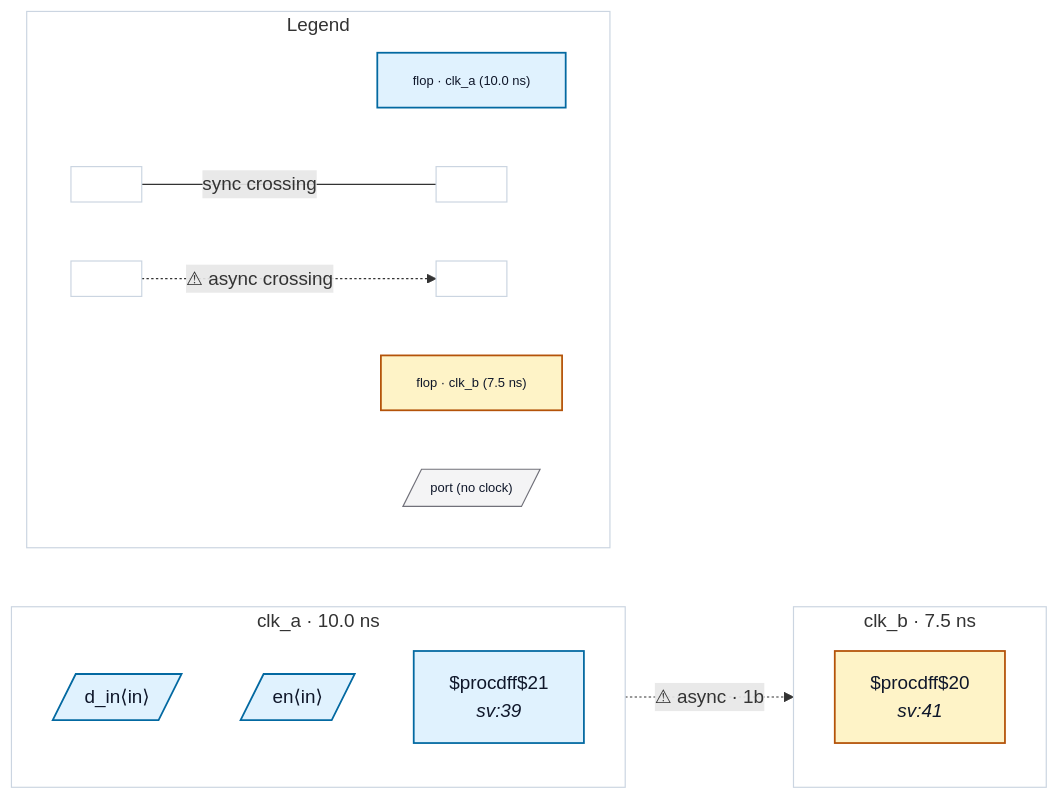
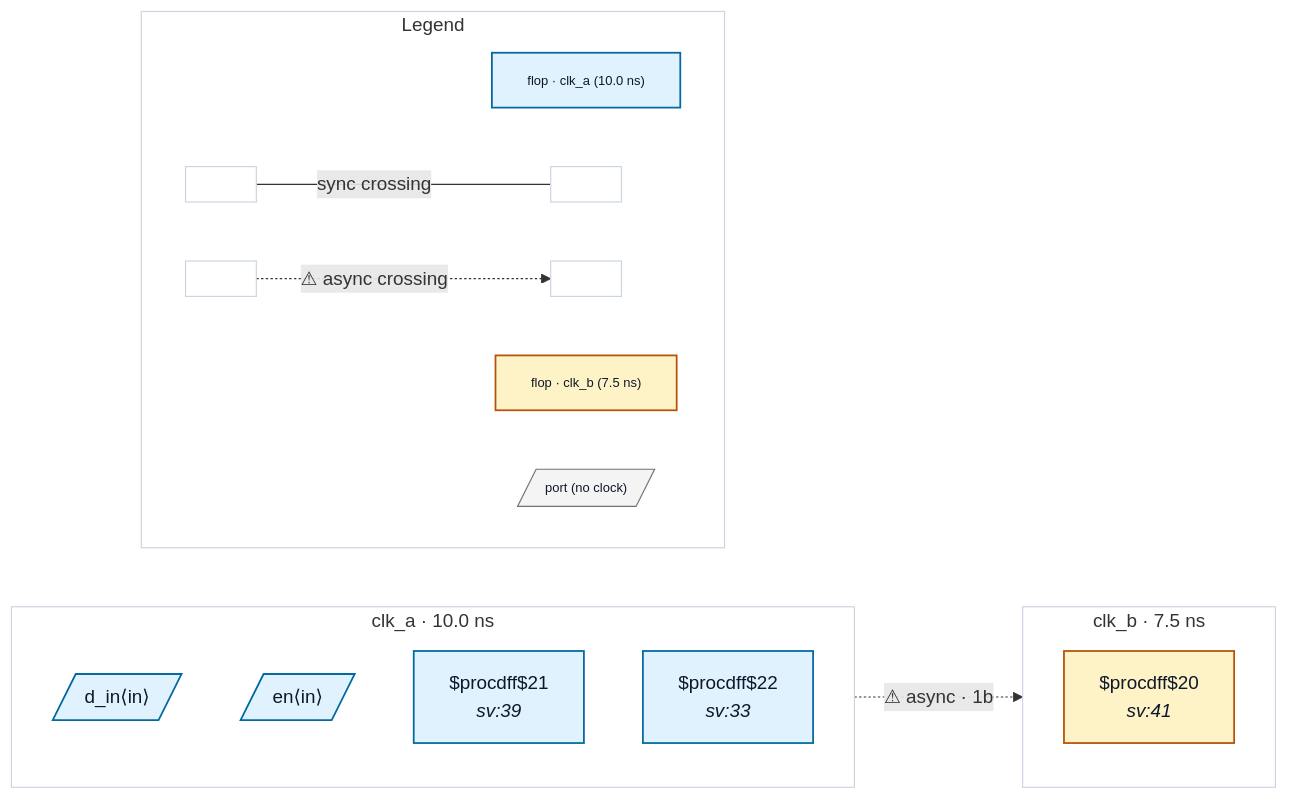
One commit to rtl-buddy/rtl-buddy-cdc changed the diagram in tests/fixtures/bad_unresolved_clock_latch/README.md. Above: the diagram before and after it, drawn with Mermaid. The commit also changed other lines of this file and 10 other files, not shown here.

````diff
--- a/tests/fixtures/bad_unresolved_clock_latch/README.md
+++ b/tests/fixtures/bad_unresolved_clock_latch/README.md
@@ -20,41 +20,42 @@
 ```mermaid
 %% bad_unresolved_clock_latch — generated by rtl-buddy-cdc render
 flowchart LR
   subgraph clk_clk_a["clk_a · 10.0 ns"]
     direction TB
     p_in_d_in[/"d_in⟨in⟩"/]:::ckcls_clk_a
     p_in_en[/"en⟨in⟩"/]:::ckcls_clk_a
     f_08024203["$procdff$21<br/><i>sv:39</i>"]:::ckcls_clk_a
+    f_46daf1c1["$procdff$22<br/><i>sv:33</i>"]:::ckcls_clk_a
   end
   subgraph clk_clk_b["clk_b · 7.5 ns"]
     direction TB
     f_f27f629a["$procdff$20<br/><i>sv:41</i>"]:::ckcls_clk_b
   end
   f_08024203 -. "⚠ async · 1b" .-> f_f27f629a
   subgraph rb_legend["Legend"]
     direction LR
     lg_clk_clk_a["flop · clk_a (10.0 ns)"]:::ckcls_clk_a
     lg_clk_clk_b["flop · clk_b (7.5 ns)"]:::ckcls_clk_b
     lg_port[/"port (no clock)"/]:::port_unassigned
     lg_sync_a[" "]:::ckcls_legend_neutral
     lg_sync_b[" "]:::ckcls_legend_neutral
     lg_async_a[" "]:::ckcls_legend_neutral
     lg_async_b[" "]:::ckcls_legend_neutral
     lg_sync_a --- |"sync crossing"| lg_sync_b
     lg_async_a -. "⚠ async crossing" .-> lg_async_b
   end
   style clk_clk_a fill:none,stroke:#cbd5e1
   style clk_clk_b fill:none,stroke:#cbd5e1
   style rb_legend fill:none,stroke:#cbd5e1
   style lg_clk_clk_a font-size:11px
   style lg_clk_clk_b font-size:11px
   style lg_port font-size:11px
   style lg_sync_a font-size:11px
   style lg_sync_b font-size:11px
   style lg_async_a font-size:11px
   style lg_async_b font-size:11px
   classDef ckcls_clk_a fill:#e0f2fe,stroke:#0369a1,stroke-width:1.5px,color:#0f172a
   classDef ckcls_clk_b fill:#fef3c7,stroke:#b45309,stroke-width:1.5px,color:#0f172a
   classDef port_unassigned fill:#f4f4f5,stroke:#71717a,color:#0f172a
   classDef ckcls_legend_neutral fill:#ffffff,stroke:#cbd5e1,stroke-width:1px,color:#0f172a
 ```
````
